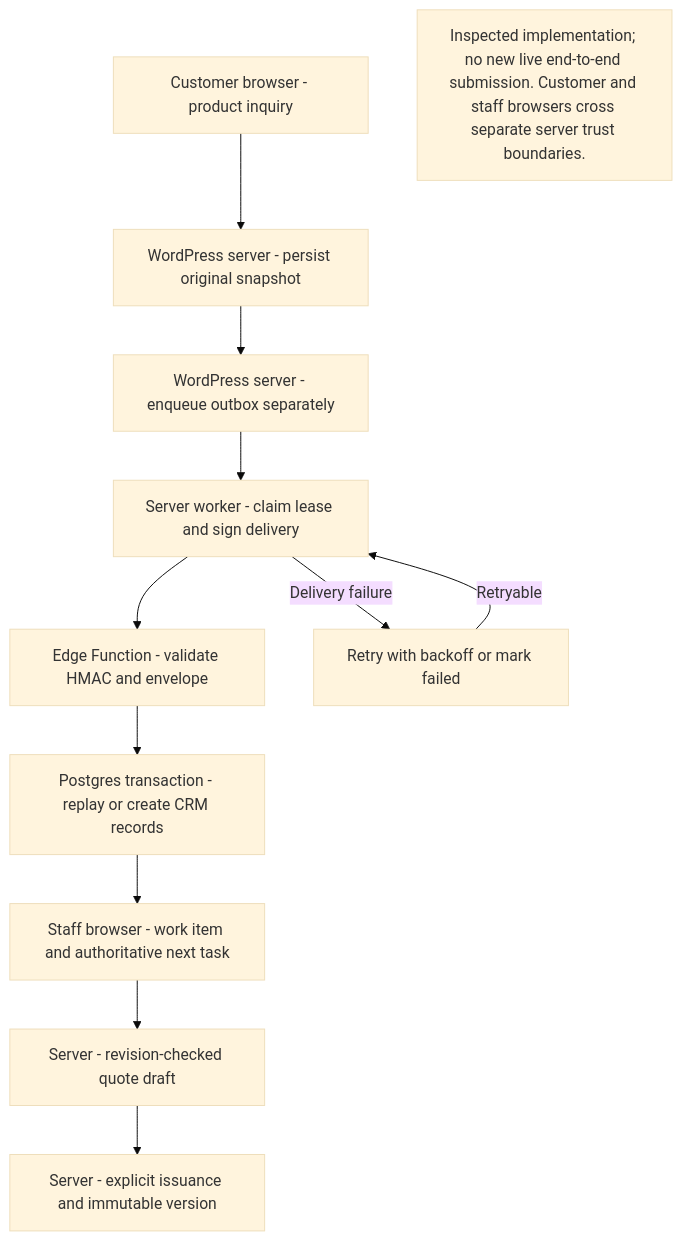
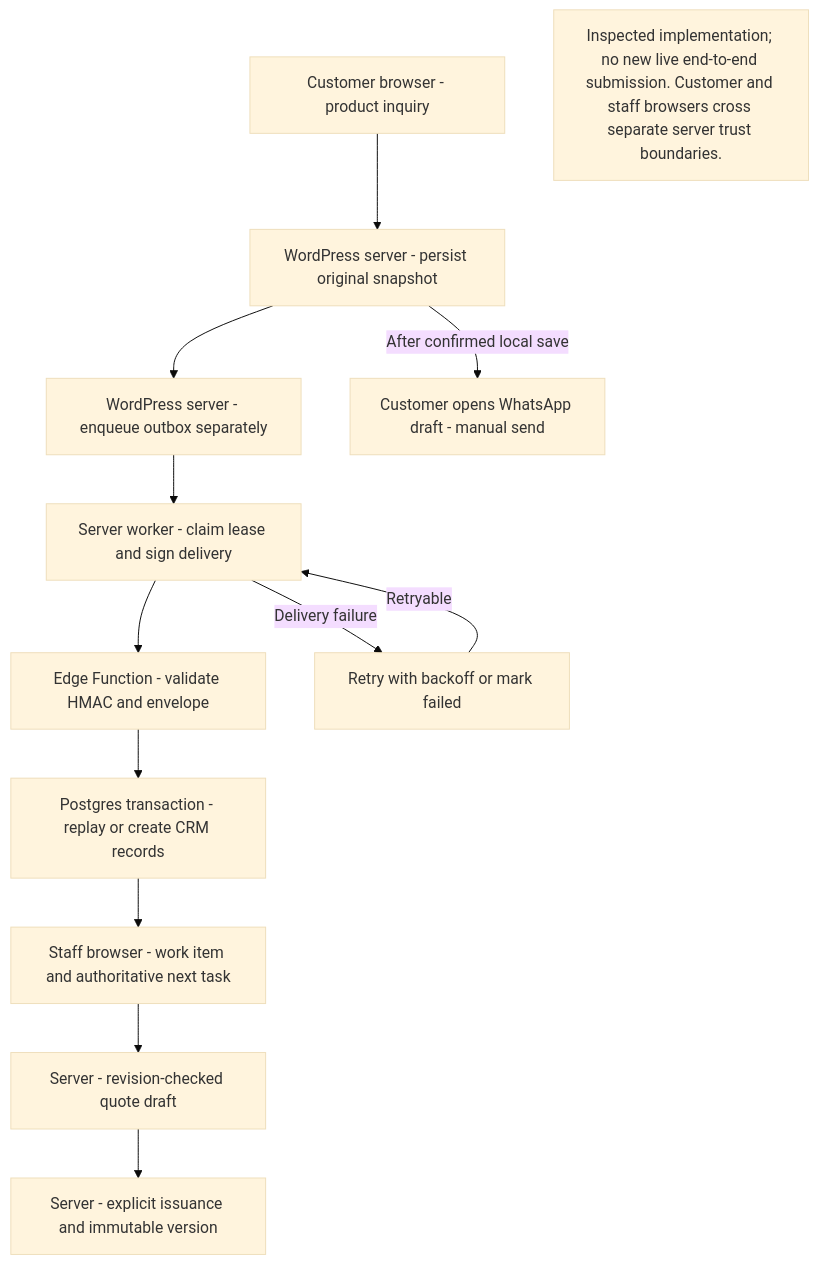
One commit to Jossefo/locktech-platform-case-study changed the diagram in assets/diagrams/inquiry-lifecycle.mmd. Above: the diagram before and after it, drawn with Mermaid (base theme). The commit also changed 3 other files, not shown here.

Commit message:
Include the customer-controlled WhatsApp branch

```diff
--- a/assets/diagrams/inquiry-lifecycle.mmd
+++ b/assets/diagrams/inquiry-lifecycle.mmd
@@ -1,15 +1,17 @@
 flowchart TB
   C[Customer browser - product inquiry]
   P[WordPress server - persist original snapshot]
   Q[WordPress server - enqueue outbox separately]
   E[Server worker - claim lease and sign delivery]
   V[Edge Function - validate HMAC and envelope]
   D[Postgres transaction - replay or create CRM records]
   T[Staff browser - work item and authoritative next task]
   R[Server - revision-checked quote draft]
   I[Server - explicit issuance and immutable version]
   X[Retry with backoff or mark failed]
   C --> P --> Q --> E --> V --> D --> T --> R --> I
   E -->|Delivery failure| X
   X -->|Retryable| E
+  W[Customer opens WhatsApp draft - manual send]
+  P -->|After confirmed local save| W
   N[Inspected implementation; no new live end-to-end submission. Customer and staff browsers cross separate server trust boundaries.]
```
